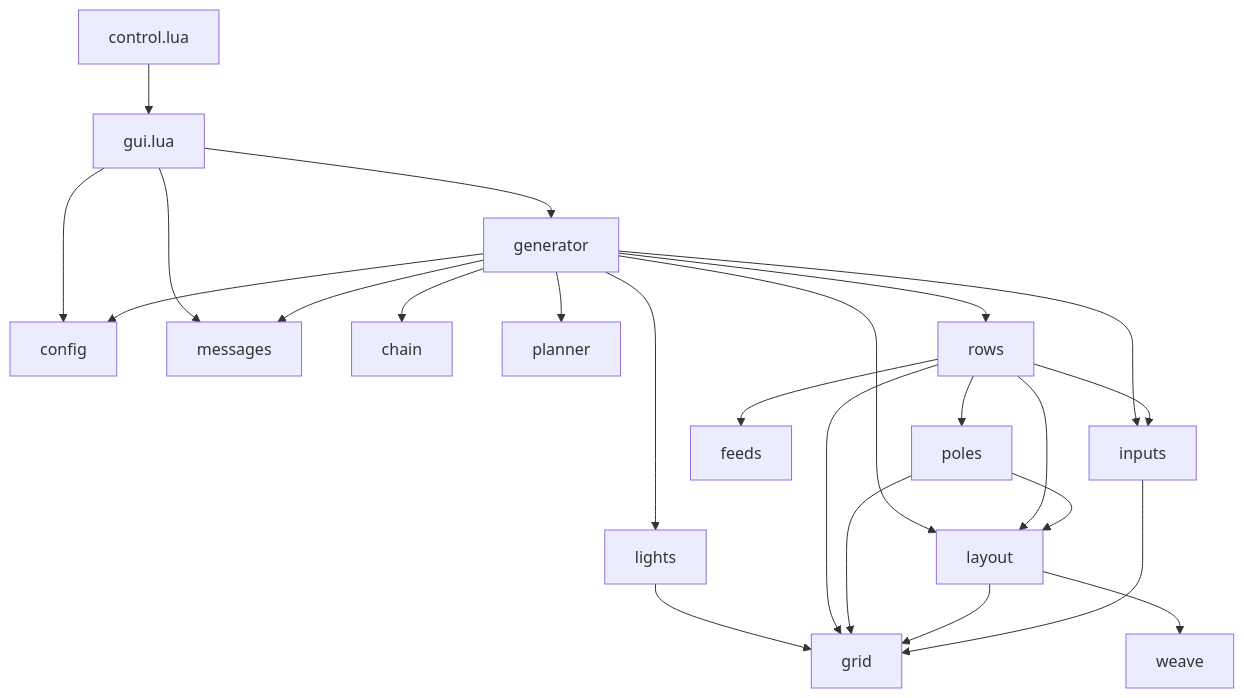
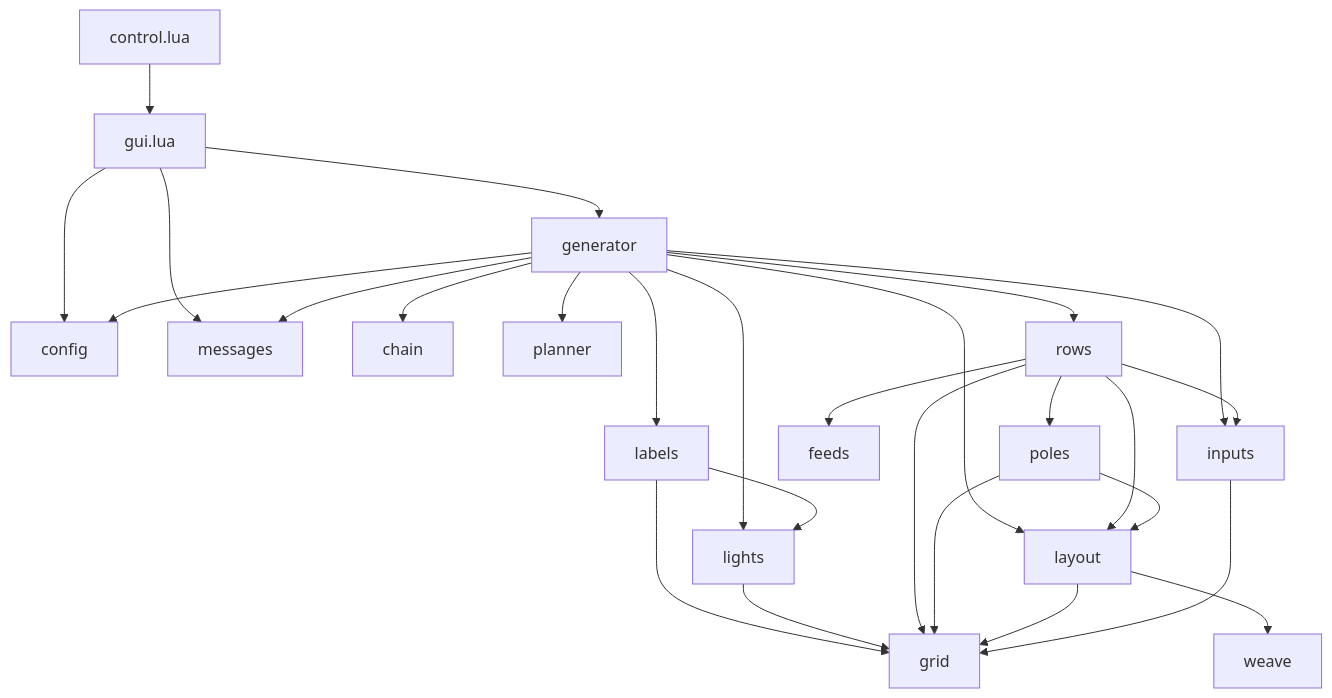
One commit to RibbonedAce/factorio-blueprint-generation changed the second of 5 diagrams in TYPES.md. Above: the diagram before and after it, drawn with Mermaid. The commit also changed other lines of this file and 11 other files, not shown here.

````diff
--- a/TYPES.md
+++ b/TYPES.md
@@ -52,26 +54,29 @@
 ```mermaid
 flowchart TD
   control["control.lua"] --> gui["gui.lua"]
   gui --> generator
   gui --> config
   gui --> messages
   generator --> config
   generator --> chain
   generator --> planner
   generator --> layout
   generator --> inputs
   generator --> rows
+  generator --> labels
   generator --> lights
+  labels --> lights
+  labels --> grid
   generator --> messages
   lights --> grid
   rows --> feeds
   rows --> inputs
   rows --> layout
   rows --> poles
   rows --> grid
   poles --> layout
   poles --> grid
   layout --> grid
   layout --> weave
   inputs --> grid
 ```
````
